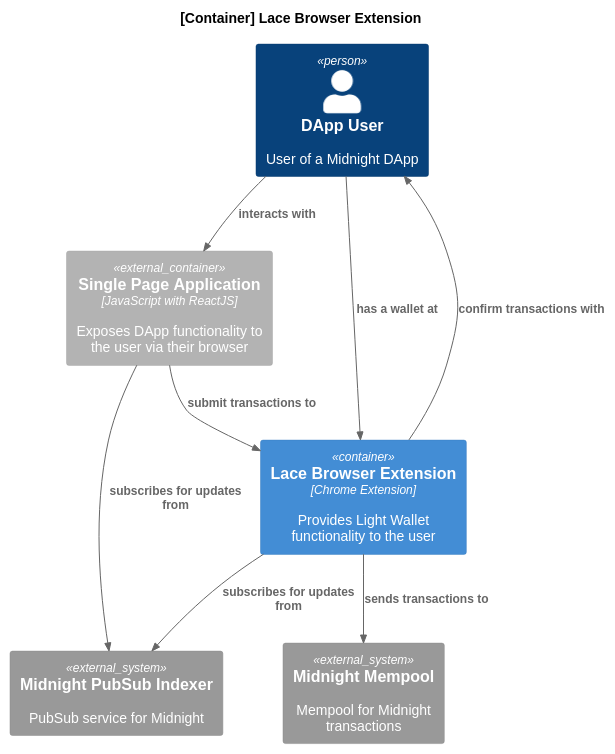
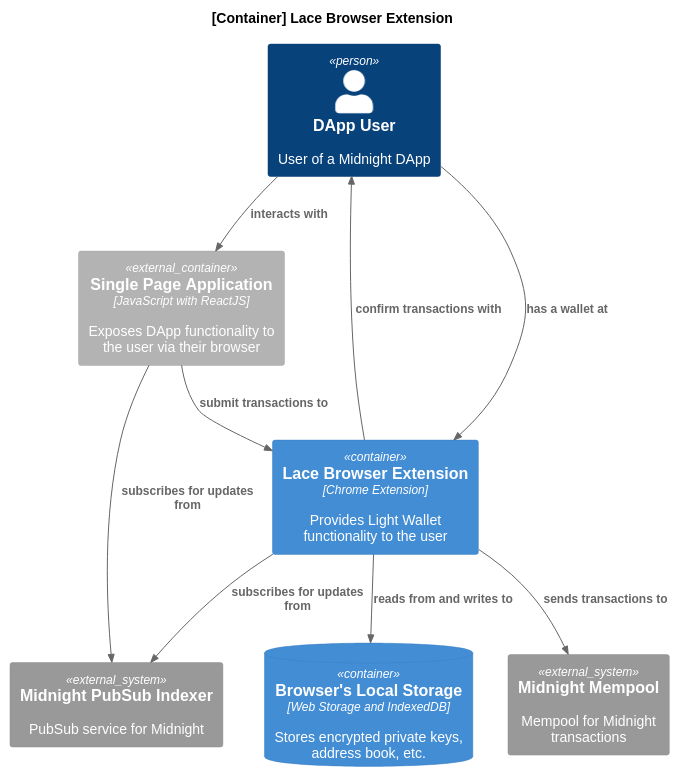
The diagram in dapp-arch-2.puml (midnightntwrk/midnight-architecture), drawn with PlantUML before and after one commit.

Commit message:
Add browser local storage

```diff
--- a/dapp-arch-2.puml
+++ b/dapp-arch-2.puml
@@ -1,27 +1,30 @@
 @startuml Container diagram for Lace Browser Extension
 
 !include https://raw.githubusercontent.com/plantuml-stdlib/C4-PlantUML/master/C4_Component.puml
 
 skinparam defaultFontName Liberation Sans
 
 title [Container] Lace Browser Extension
 
 Person(user, "DApp User", "User of a Midnight DApp")
 
 Container_Ext(spa, "Single Page Application", "JavaScript with ReactJS", "Exposes DApp functionality to the user via their browser")
+
 Container(extension, "Lace Browser Extension", "Chrome Extension", "Provides Light Wallet functionality to the user")
+ContainerDb(storage, "Browser's Local Storage", "Web Storage and IndexedDB", "Stores encrypted private keys, address book, etc.")
 
 System_Ext(mempool, "Midnight Mempool", "Mempool for Midnight transactions")
 System_Ext(indexer, "Midnight PubSub Indexer", "PubSub service for Midnight")
 
 Rel(user, spa, "interacts with")
 Rel(user, extension, "has a wallet at")
 
 Rel(spa, extension, "submit transactions to")
 Rel(spa, indexer, "subscribes for updates from")
 
 Rel(extension, mempool, "sends transactions to")
 Rel(extension, user, "confirm transactions with")
 Rel(extension, indexer, "subscribes for updates from")
+Rel(extension, storage, "reads from and writes to")
 
 @enduml
```
